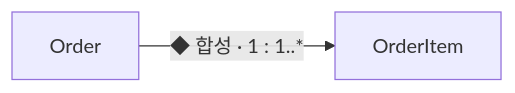
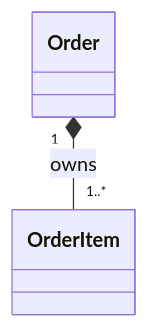
Before and after one commit to agnusdei1207/study: the second of 2 diagrams in src/content/docs/notes/itpe/02-software-engineering/045_class_diagram.md, drawn with Mermaid. The commit also changed other lines of this file and 31 other files, not shown here.

````diff
--- a/src/content/docs/notes/itpe/02-software-engineering/045_class_diagram.md
+++ b/src/content/docs/notes/itpe/02-software-engineering/045_class_diagram.md
@@ -97,4 +111,6 @@
 ```mermaid
-flowchart LR
-    O["Order"] -->|"◆ 합성 · 1 : 1..*"| OI["OrderItem"]
+classDiagram
+    class Order
+    class OrderItem
+    Order "1" *-- "1..*" OrderItem : owns
 ```
````
